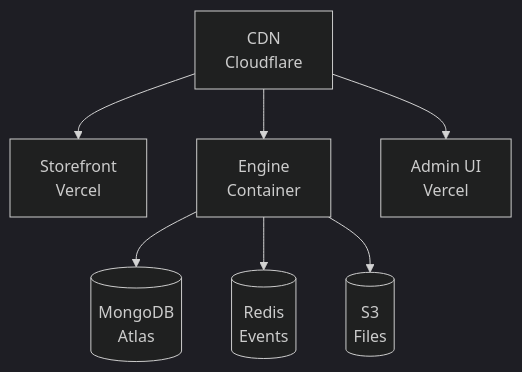
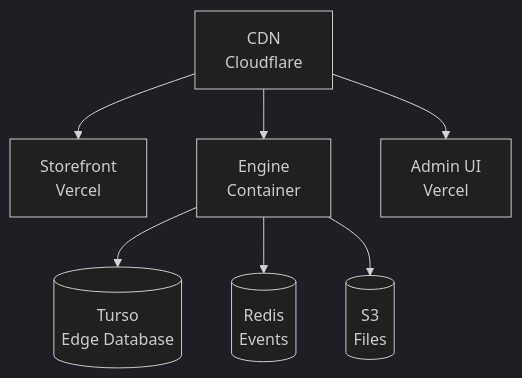
One commit to unchainedshop/unchained changed the second of 2 diagrams in docs/docs/deployment/index.md. Above: the diagram before and after it, drawn with Mermaid (dark theme). The commit also changed other lines of this file and 37 other files, not shown here.

````diff
--- a/docs/docs/deployment/index.md
+++ b/docs/docs/deployment/index.md
@@ -88,12 +89,12 @@
 ```mermaid
 flowchart TD
     CDN[CDN<br/>Cloudflare]
 
     CDN --> Storefront[Storefront<br/>Vercel]
     CDN --> Engine[Engine<br/>Container]
     CDN --> Admin[Admin UI<br/>Vercel]
 
-    Engine --> MongoDB[(MongoDB<br/>Atlas)]
+    Engine --> Turso[(Turso<br/>Edge Database)]
     Engine --> Redis[(Redis<br/>Events)]
     Engine --> S3[(S3<br/>Files)]
 ```
````
